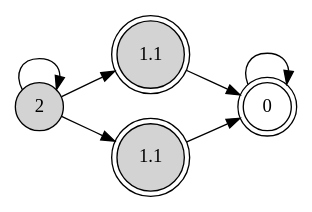
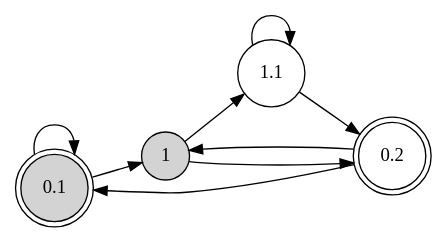
Before and after one commit to Tj-Cong/EnPAC_2021_RD: the diagram in cmake-build-debug/SBA.dot, drawn with Graphviz. The commit also changed 34 other files, not shown here.

```diff
--- a/cmake-build-debug/SBA.dot
+++ b/cmake-build-debug/SBA.dot
@@ -1,14 +1,16 @@
 digraph SBA{
 	rankdir=LR
-	0 [shape=circle,style=filled,label="2"]
-	1 [shape=doublecircle,style=filled,label="1.1"]
-	2 [shape=doublecircle,style=filled,label="1.1"]
-	3 [shape=doublecircle,label="0"]
+	0 [shape=doublecircle,style=filled,label="0.1"]
+	1 [shape=circle,style=filled,label="1"]
+	2 [shape=circle,label="1.1"]
+	4 [shape=doublecircle,label="0.2"]
 
 	0->0
 	0->1
-	0->2
-	1->3
-	2->3
-	3->3
+	1->2
+	1->4
+	2->2
+	2->4
+	4->0
+	4->1
 }
```
